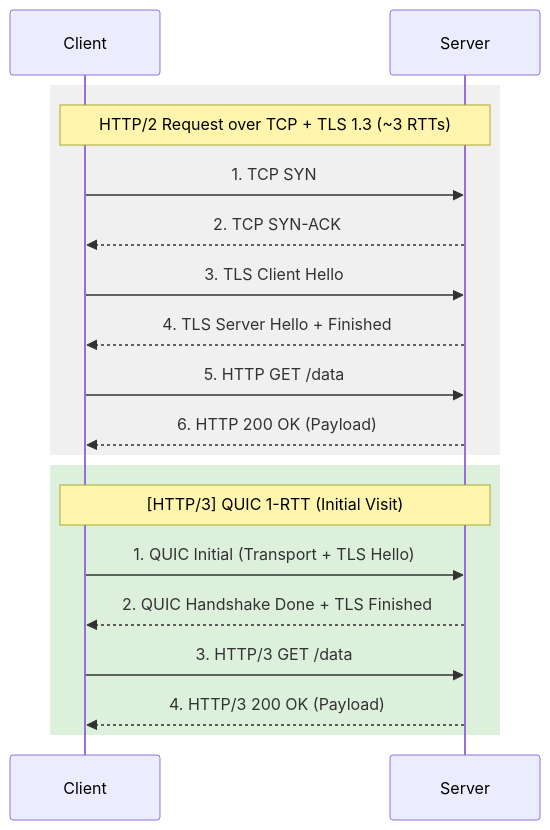
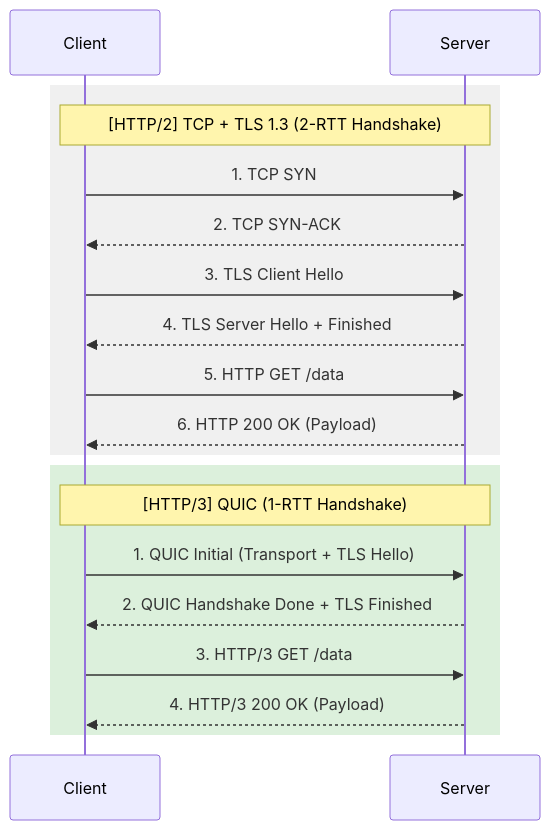
One commit to wenkey-gm/quicup-evaluation changed the diagram in docs/mermaid/quic_comparision.mmd. Above: the diagram before and after it, drawn with Mermaid.

Commit message:
docs: fix title in quic comparison

```diff
--- a/docs/mermaid/quic_comparision.mmd
+++ b/docs/mermaid/quic_comparision.mmd
@@ -1,21 +1,21 @@
 sequenceDiagram
     participant C as Client
     participant S as Server
 
     rect rgb(240, 240, 240)
-        Note over C, S: HTTP/2 Request over TCP + TLS 1.3 (~3 RTTs)
+        Note over C, S: [HTTP/2] TCP + TLS 1.3 (2-RTT Handshake)
         C->>S: 1. TCP SYN
         S-->>C: 2. TCP SYN-ACK
         C->>S: 3. TLS Client Hello
         S-->>C: 4. TLS Server Hello + Finished
         C->>S: 5. HTTP GET /data
         S-->>C: 6. HTTP 200 OK (Payload)
     end
 
     rect rgb(220, 240, 220)
-        Note over C, S: [HTTP/3] QUIC 1-RTT (Initial Visit)
+        Note over C, S: [HTTP/3] QUIC (1-RTT Handshake)
         C->>S: 1. QUIC Initial (Transport + TLS Hello)
         S-->>C: 2. QUIC Handshake Done + TLS Finished
         C->>S: 3. HTTP/3 GET /data
         S-->>C: 4. HTTP/3 200 OK (Payload)
     end
```
